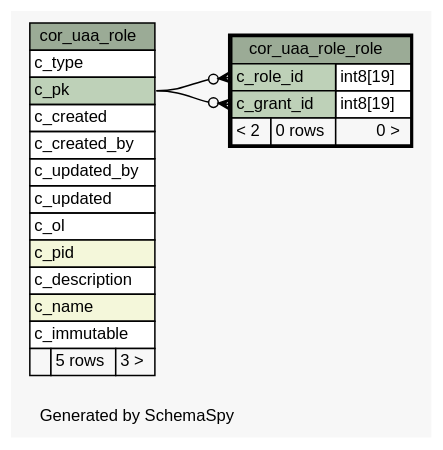
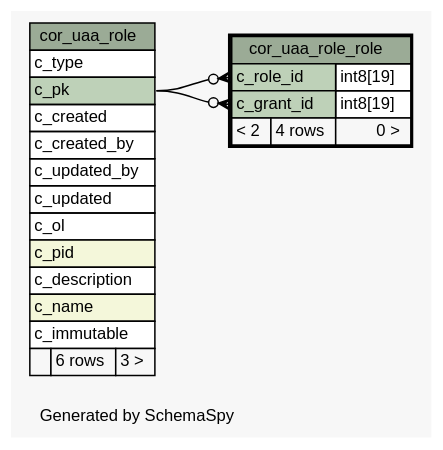
The diagram in 2.0.0-SNAPSHOT/schemaspy/diagrams/cor_uaa_role_role.1degree.dot (openwms/org.openwms.core.uaa.lib), drawn with Graphviz before and after one commit. The commit also changed 226 other files, not shown here.

```diff
--- a/2.0.0-SNAPSHOT/schemaspy/diagrams/cor_uaa_role_role.1degree.dot
+++ b/2.0.0-SNAPSHOT/schemaspy/diagrams/cor_uaa_role_role.1degree.dot
@@ -1,55 +1,55 @@
 // dot 2.43.0 on Linux 6.2.0-1018-azure
 // SchemaSpy rev Unknown
 digraph "oneDegreeRelationshipsDiagram" {
   graph [
     rankdir="RL"
     bgcolor="#f7f7f7"
     label="\nGenerated by SchemaSpy"
     labeljust="l"
     nodesep="0.18"
     ranksep="0.46"
     fontname="Helvetica"
     fontsize="11"
   ];
   node [
     fontname="Helvetica"
     fontsize="11"
     shape="plaintext"
   ];
   edge [
     arrowsize="0.8"
   ];
   "cor_uaa_role_role":"c_grant_id":w -> "cor_uaa_role":"c_pk":e [arrowhead=none dir=back arrowtail=crowodot];
   "cor_uaa_role_role":"c_role_id":w -> "cor_uaa_role":"c_pk":e [arrowhead=none dir=back arrowtail=crowodot];
   "cor_uaa_role" [
     label=<
     <TABLE BORDER="0" CELLBORDER="1" CELLSPACING="0" BGCOLOR="#ffffff">
       <TR><TD COLSPAN="3" BGCOLOR="#9bab96" ALIGN="CENTER">cor_uaa_role</TD></TR>
       <TR><TD PORT="c_type" COLSPAN="3" ALIGN="LEFT">c_type</TD></TR>
       <TR><TD PORT="c_pk" COLSPAN="3" BGCOLOR="#bed1b8" ALIGN="LEFT">c_pk</TD></TR>
       <TR><TD PORT="c_created" COLSPAN="3" ALIGN="LEFT">c_created</TD></TR>
       <TR><TD PORT="c_created_by" COLSPAN="3" ALIGN="LEFT">c_created_by</TD></TR>
       <TR><TD PORT="c_updated_by" COLSPAN="3" ALIGN="LEFT">c_updated_by</TD></TR>
       <TR><TD PORT="c_updated" COLSPAN="3" ALIGN="LEFT">c_updated</TD></TR>
       <TR><TD PORT="c_ol" COLSPAN="3" ALIGN="LEFT">c_ol</TD></TR>
       <TR><TD PORT="c_pid" COLSPAN="3" BGCOLOR="#f4f7da" ALIGN="LEFT">c_pid</TD></TR>
       <TR><TD PORT="c_description" COLSPAN="3" ALIGN="LEFT">c_description</TD></TR>
       <TR><TD PORT="c_name" COLSPAN="3" BGCOLOR="#f4f7da" ALIGN="LEFT">c_name</TD></TR>
       <TR><TD PORT="c_immutable" COLSPAN="3" ALIGN="LEFT">c_immutable</TD></TR>
-      <TR><TD ALIGN="LEFT" BGCOLOR="#f7f7f7">  </TD><TD ALIGN="RIGHT" BGCOLOR="#f7f7f7">5 rows</TD><TD ALIGN="RIGHT" BGCOLOR="#f7f7f7">3 &gt;</TD></TR>
+      <TR><TD ALIGN="LEFT" BGCOLOR="#f7f7f7">  </TD><TD ALIGN="RIGHT" BGCOLOR="#f7f7f7">6 rows</TD><TD ALIGN="RIGHT" BGCOLOR="#f7f7f7">3 &gt;</TD></TR>
     </TABLE>>
     URL="cor_uaa_role.html"
     tooltip="cor_uaa_role"
   ];
   "cor_uaa_role_role" [
     label=<
     <TABLE BORDER="2" CELLBORDER="1" CELLSPACING="0" BGCOLOR="#ffffff">
       <TR><TD COLSPAN="3" BGCOLOR="#9bab96" ALIGN="CENTER">cor_uaa_role_role</TD></TR>
       <TR><TD PORT="c_role_id" COLSPAN="2" BGCOLOR="#bed1b8" ALIGN="LEFT">c_role_id</TD><TD PORT="c_role_id.type" ALIGN="LEFT">int8[19]</TD></TR>
       <TR><TD PORT="c_grant_id" COLSPAN="2" BGCOLOR="#bed1b8" ALIGN="LEFT">c_grant_id</TD><TD PORT="c_grant_id.type" ALIGN="LEFT">int8[19]</TD></TR>
-      <TR><TD ALIGN="LEFT" BGCOLOR="#f7f7f7">&lt; 2</TD><TD ALIGN="RIGHT" BGCOLOR="#f7f7f7">0 rows</TD><TD ALIGN="RIGHT" BGCOLOR="#f7f7f7">0 &gt;</TD></TR>
+      <TR><TD ALIGN="LEFT" BGCOLOR="#f7f7f7">&lt; 2</TD><TD ALIGN="RIGHT" BGCOLOR="#f7f7f7">4 rows</TD><TD ALIGN="RIGHT" BGCOLOR="#f7f7f7">0 &gt;</TD></TR>
     </TABLE>>
     URL="cor_uaa_role_role.html"
     tooltip="cor_uaa_role_role"
   ];
 }
```
